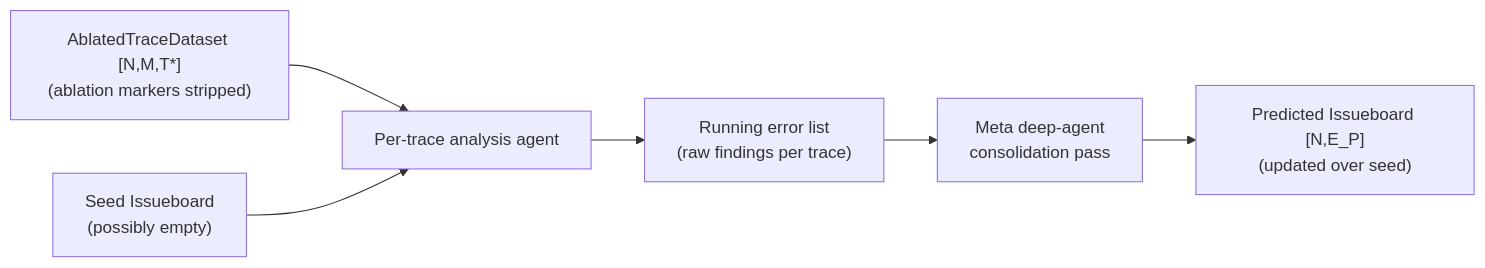
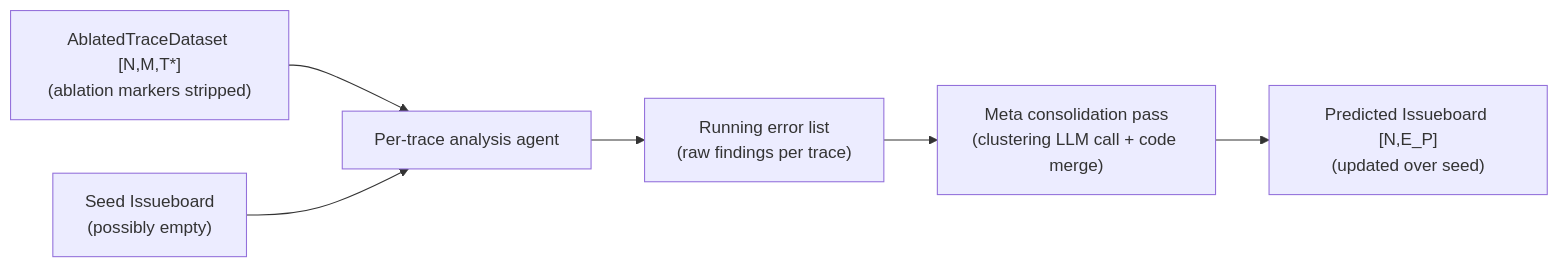
The first of 4 diagrams in docs/architecture/05-engine-simulation.md (Vidhate/engine-benchmarking-system), drawn with Mermaid before and after one commit. The commit also changed other lines of this file and 3 other files, not shown here.

First line of the commit message:
docs: absorb shipped Phase 2/4/6 reality into architecture docs

````diff
--- a/docs/architecture/05-engine-simulation.md
+++ b/docs/architecture/05-engine-simulation.md
@@ -17,8 +28,8 @@
 ```mermaid
 flowchart LR
     T["AblatedTraceDataset [N,M,T*]<br/>(ablation markers stripped)"] --> W["Per-trace analysis agent"]
     SEED["Seed Issueboard<br/>(possibly empty)"] --> W
     W --> RL["Running error list<br/>(raw findings per trace)"]
-    RL --> META["Meta deep-agent<br/>consolidation pass"]
+    RL --> META["Meta consolidation pass<br/>(clustering LLM call + code merge)"]
     META --> OUT["Predicted Issueboard [N,E_P]<br/>(updated over seed)"]
 ```
````
